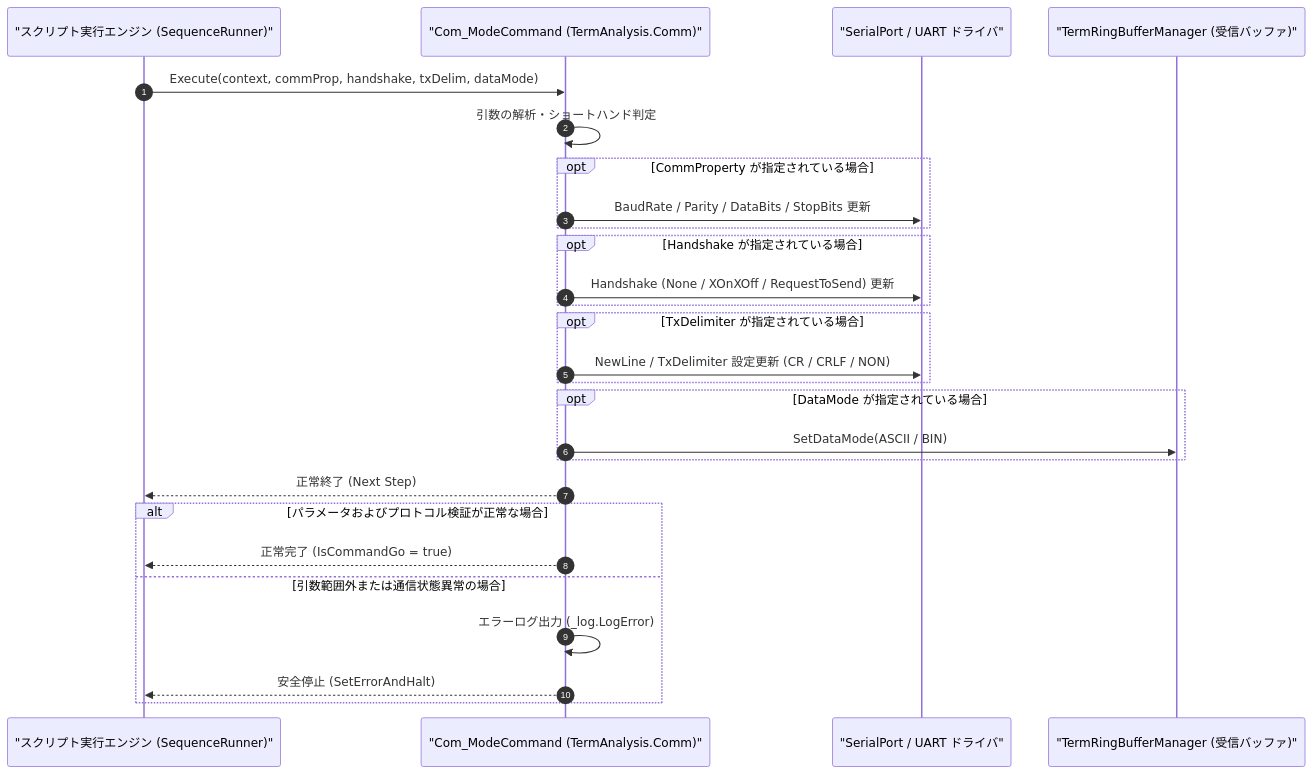
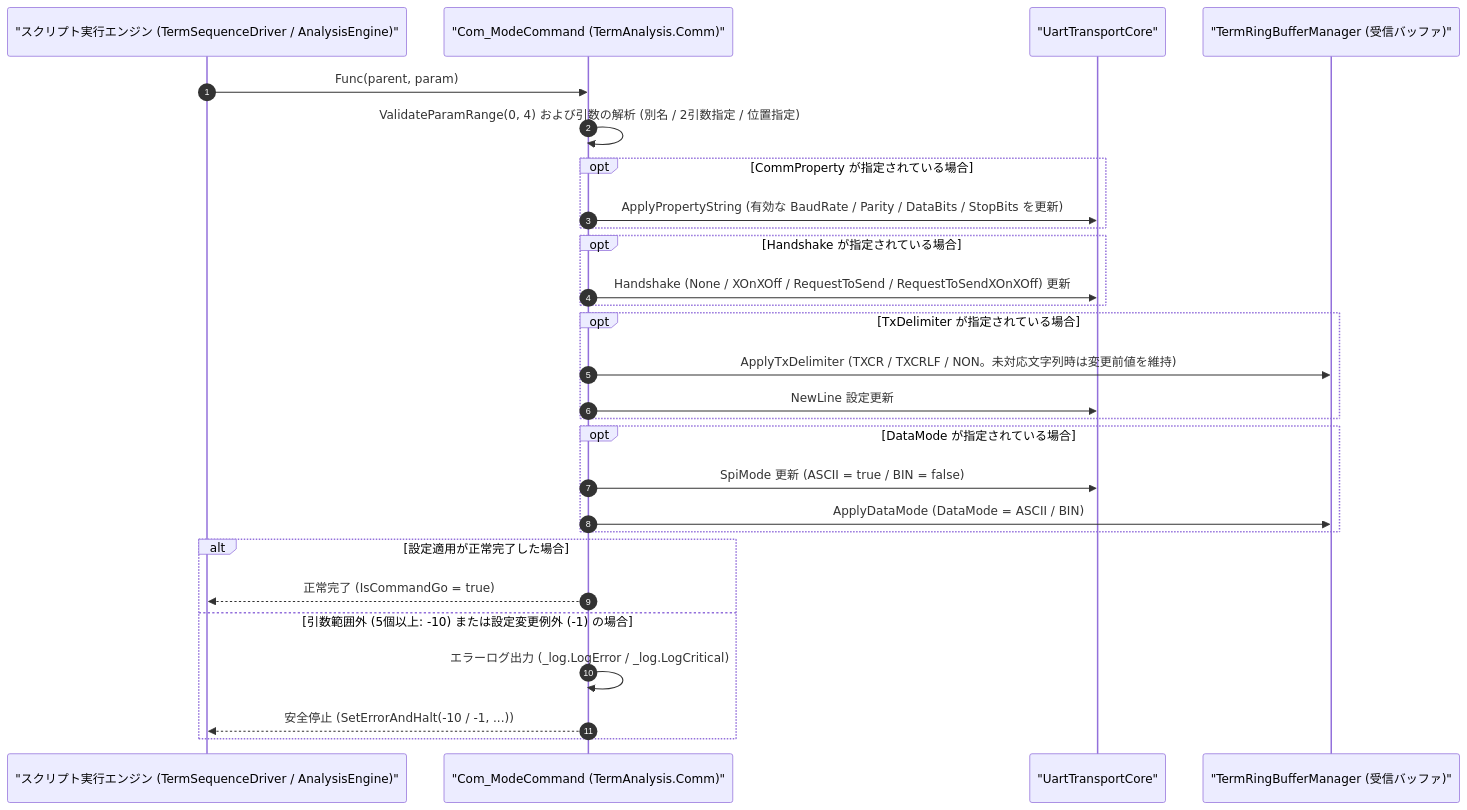
The diagram in Manual/Comm/Com_Mode.Md (Monaca-App/TermAddIn_Comm), drawn with Mermaid before and after one commit. The commit also changed other lines of this file and 11 other files, not shown here.

````diff
--- a/Manual/Comm/Com_Mode.Md
+++ b/Manual/Comm/Com_Mode.Md
@@ -70,30 +72,31 @@
 ```mermaid
 sequenceDiagram
     autonumber
-    participant Script as "スクリプト実行エンジン (SequenceRunner)"
+    participant Script as "スクリプト実行エンジン (TermSequenceDriver / AnalysisEngine)"
     participant Cmd as "Com_ModeCommand (TermAnalysis.Comm)"
-    participant Port as "SerialPort / UART ドライバ"
+    participant Port as "UartTransportCore"
     participant Buf as "TermRingBufferManager (受信バッファ)"
 
-    Script->>Cmd: Execute(context, commProp, handshake, txDelim, dataMode)
-    Cmd->>Cmd: 引数の解析・ショートハンド判定
+    Script->>Cmd: Func(parent, param)
+    Cmd->>Cmd: ValidateParamRange(0, 4) および引数の解析 (別名 / 2引数指定 / 位置指定)
     opt CommProperty が指定されている場合
-        Cmd->>Port: BaudRate / Parity / DataBits / StopBits 更新
+        Cmd->>Port: ApplyPropertyString (有効な BaudRate / Parity / DataBits / StopBits を更新)
     end
     opt Handshake が指定されている場合
-        Cmd->>Port: Handshake (None / XOnXOff / RequestToSend) 更新
+        Cmd->>Port: Handshake (None / XOnXOff / RequestToSend / RequestToSendXOnXOff) 更新
     end
     opt TxDelimiter が指定されている場合
-        Cmd->>Port: NewLine / TxDelimiter 設定更新 (CR / CRLF / NON)
+        Cmd->>Buf: ApplyTxDelimiter (TXCR / TXCRLF / NON。未対応文字列時は変更前値を維持)
+        Cmd->>Port: NewLine 設定更新
     end
     opt DataMode が指定されている場合
-        Cmd->>Buf: SetDataMode(ASCII / BIN)
+        Cmd->>Port: SpiMode 更新 (ASCII = true / BIN = false)
+        Cmd->>Buf: ApplyDataMode (DataMode = ASCII / BIN)
     end
-    Cmd-->>Script: 正常終了 (Next Step)
-    alt パラメータおよびプロトコル検証が正常な場合
+    alt 設定適用が正常完了した場合
         Cmd-->>Script: 正常完了 (IsCommandGo = true)
-    else 引数範囲外または通信状態異常の場合
-        Cmd->>Cmd: エラーログ出力 (_log.LogError)
-        Cmd-->>Script: 安全停止 (SetErrorAndHalt)
+    else 引数範囲外 (5個以上: -10) または設定変更例外 (-1) の場合
+        Cmd->>Cmd: エラーログ出力 (_log.LogError / _log.LogCritical)
+        Cmd-->>Script: 安全停止 (SetErrorAndHalt(-10 / -1, ...))
     end
 ```
````
